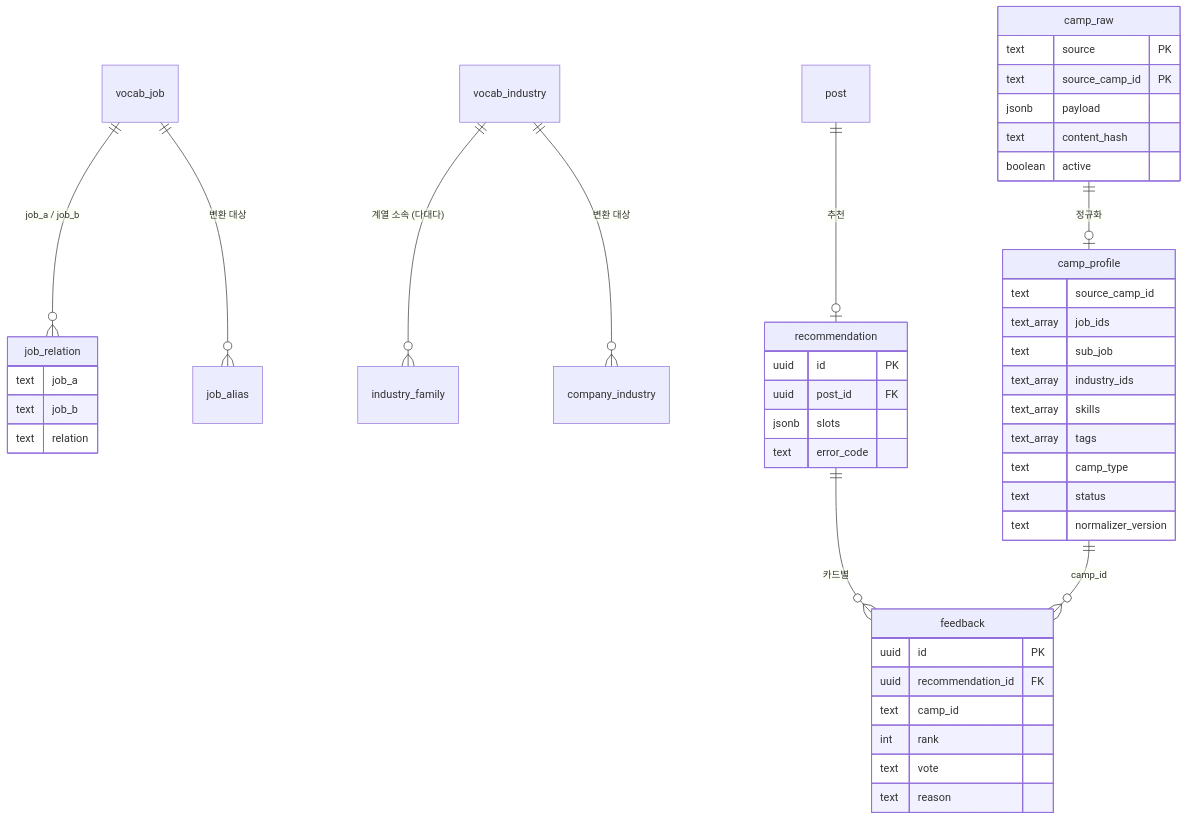
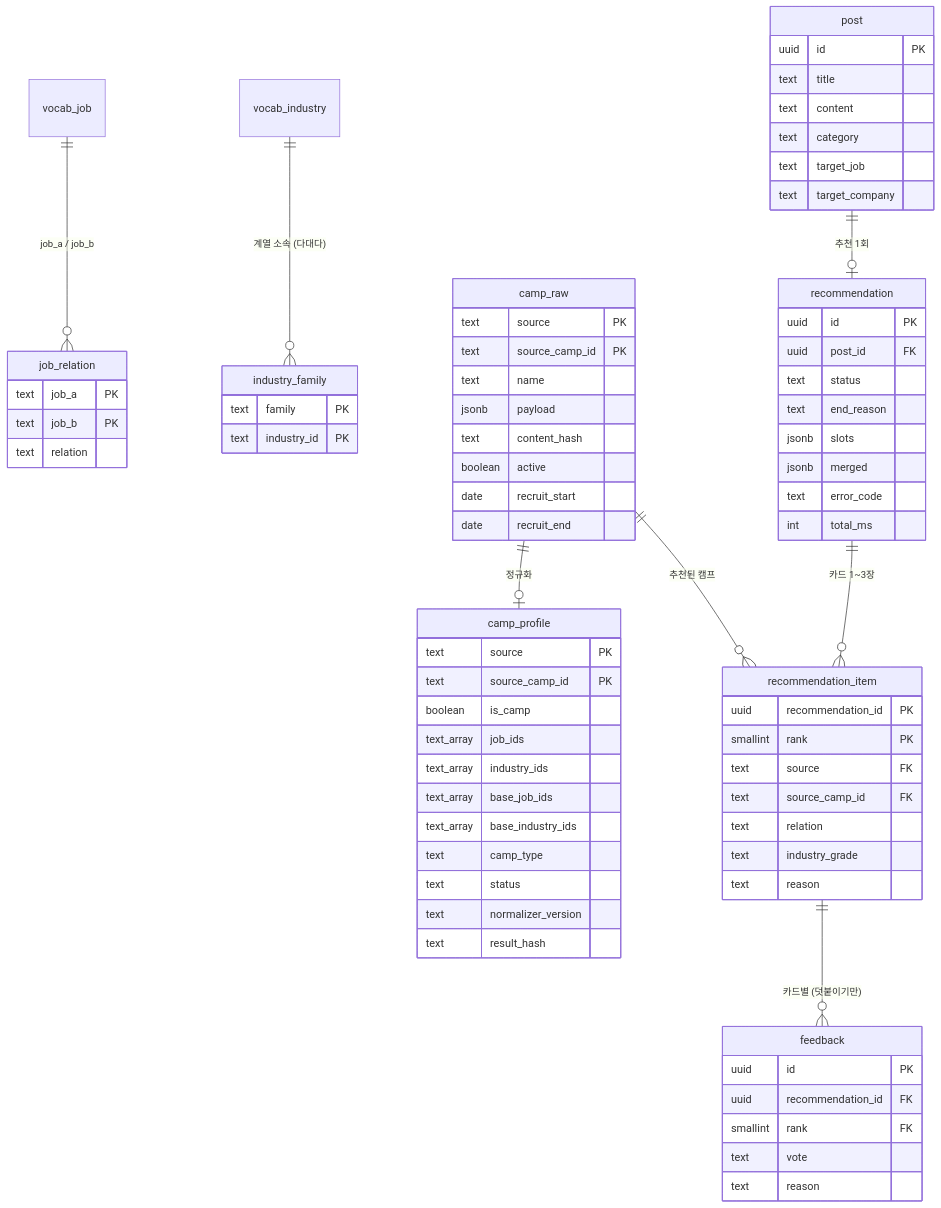
Before and after one commit to hyjeong-dot/BootQ: the diagram in docs/rules/04_DATABASE.md, drawn with Mermaid. The commit also changed other lines of this file and 19 other files, not shown here.

````diff
--- a/docs/rules/04_DATABASE.md
+++ b/docs/rules/04_DATABASE.md
@@ -73,49 +80,77 @@
 ```mermaid
 erDiagram
   vocab_job ||--o{ job_relation : "job_a / job_b"
-  vocab_job ||--o{ job_alias : "변환 대상"
   vocab_industry ||--o{ industry_family : "계열 소속 (다대다)"
-  vocab_industry ||--o{ company_industry : "변환 대상"
   camp_raw ||--o| camp_profile : "정규화"
-  post ||--o| recommendation : "추천"
-  recommendation ||--o{ feedback : "카드별"
-  camp_profile ||--o{ feedback : "camp_id"
+  camp_raw ||--o{ recommendation_item : "추천된 캠프"
+  post ||--o| recommendation : "추천 1회"
+  recommendation ||--o{ recommendation_item : "카드 1~3장"
+  recommendation_item ||--o{ feedback : "카드별 (덧붙이기만)"
 
   camp_raw {
     text source PK
     text source_camp_id PK
+    text name
     jsonb payload
     text content_hash
     boolean active
+    date recruit_start
+    date recruit_end
   }
   camp_profile {
-    text source_camp_id
+    text source PK
+    text source_camp_id PK
+    boolean is_camp
     text_array job_ids
-    text sub_job
     text_array industry_ids
-    text_array skills
-    text_array tags
+    text_array base_job_ids
+    text_array base_industry_ids
     text camp_type
     text status
     text normalizer_version
+    text result_hash
   }
-  job_relation {
-    text job_a
-    text job_b
-    text relation
+  post {
+    uuid id PK
+    text title
+    text content
+    text category
+    text target_job
+    text target_company
   }
   recommendation {
     uuid id PK
     uuid post_id FK
+    text status
+    text end_reason
     jsonb slots
+    jsonb merged
     text error_code
+    int total_ms
+  }
+  recommendation_item {
+    uuid recommendation_id PK
+    smallint rank PK
+    text source FK
+    text source_camp_id FK
+    text relation
+    text industry_grade
+    text reason
   }
   feedback {
     uuid id PK
     uuid recommendation_id FK
-    text camp_id
-    int rank
+    smallint rank FK
     text vote
     text reason
   }
+  job_relation {
+    text job_a PK
+    text job_b PK
+    text relation
+  }
+  industry_family {
+    text family PK
+    text industry_id PK
+  }
 ```
````
